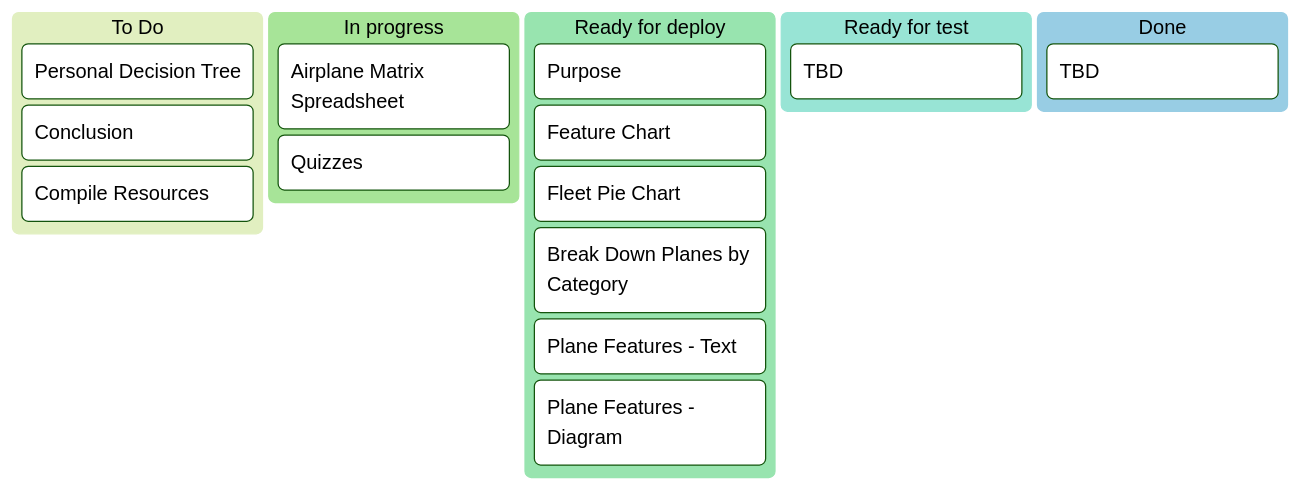
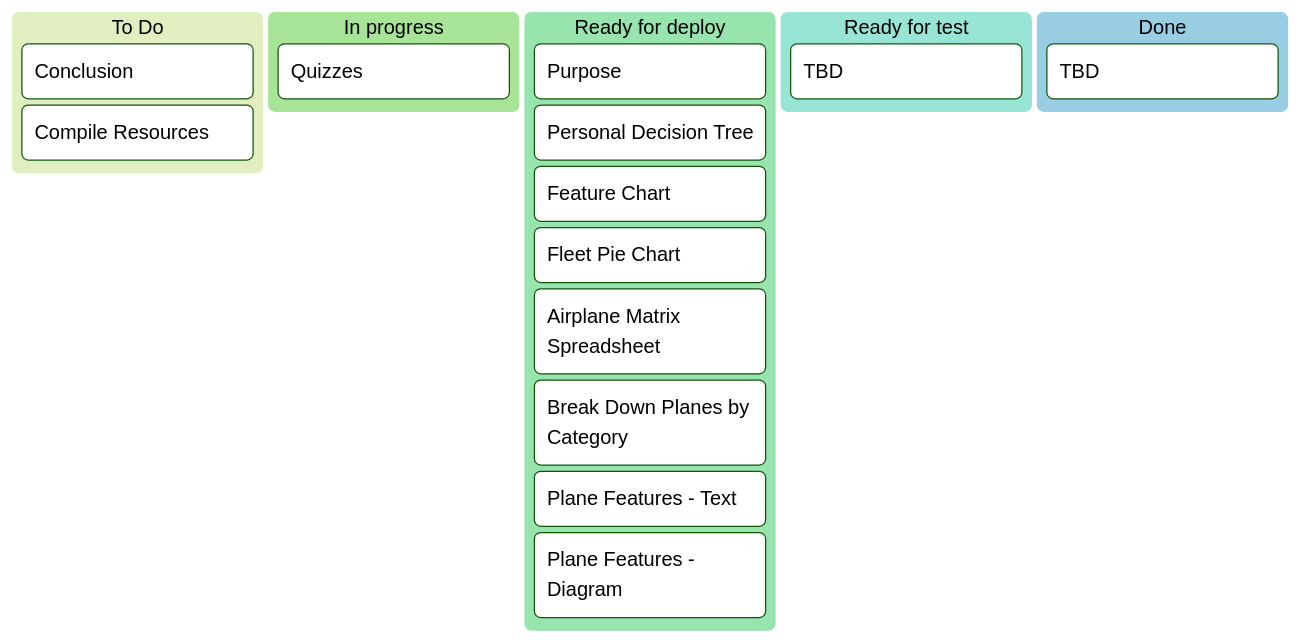
One commit to Bailey-Wu/Bailey-Wu changed the first of 3 diagrams in Dashboard.md. Above: the diagram before and after it, drawn with Mermaid (forest theme).

````diff
--- a/Dashboard.md
+++ b/Dashboard.md
@@ -8,21 +8,22 @@
 ```mermaid
 kanban
   [To Do]
-    [Personal Decision Tree]
+
     [Conclusion]
     [Compile Resources]
   [In progress]
-    [Airplane Matrix Spreadsheet]
     [Quizzes]
   [Ready for deploy]
     [Purpose]
+    [Personal Decision Tree]
     [Feature Chart]
     [Fleet Pie Chart]
+    [Airplane Matrix Spreadsheet]
     [Break Down Planes by Category]
     [Plane Features - Text]
     [Plane Features - Diagram]
   [Ready for test]
     [TBD]
   [Done]
     [TBD]
 ```
````
